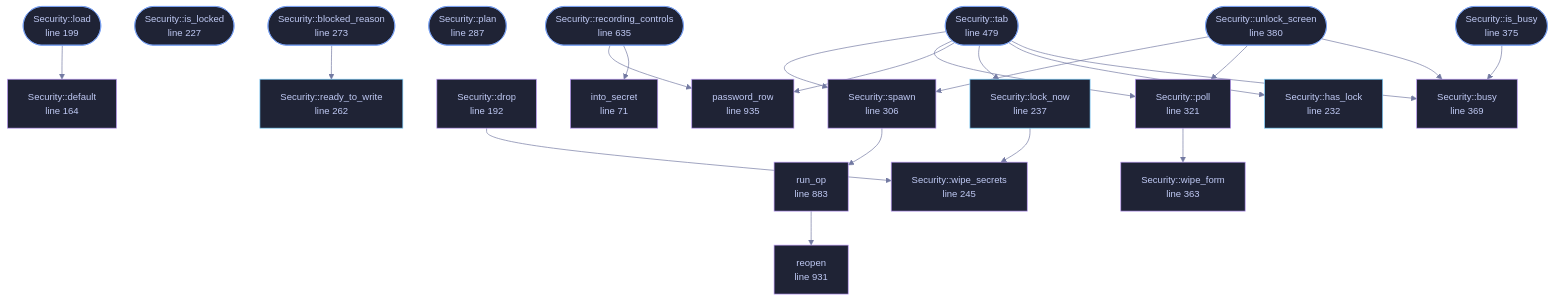
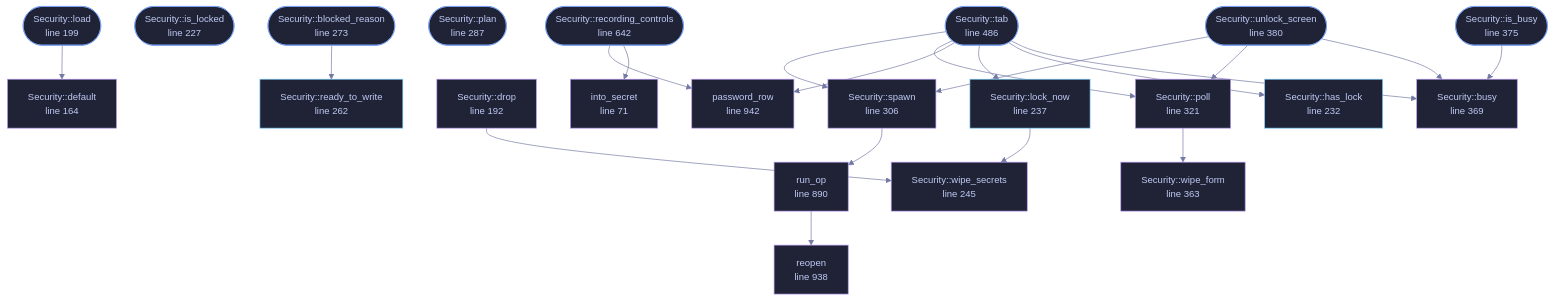
One commit to tilas01/veilvoice changed the diagram in docs/files/veilvoice-gui/security.md. Above: the diagram before and after it, drawn with Mermaid. The commit also changed other lines of this file and 32 other files, not shown here.

````diff
--- a/docs/files/veilvoice-gui/security.md
+++ b/docs/files/veilvoice-gui/security.md
@@ -131,73 +131,73 @@
 ```mermaid
 %%{init: {"theme":"base","themeVariables":{"background":"#1a1b26","primaryColor":"#1f2335","primaryTextColor":"#c0caf5","primaryBorderColor":"#7aa2f7","secondaryColor":"#16161e","tertiaryColor":"#16161e","lineColor":"#737aa2","textColor":"#c0caf5","mainBkg":"#1f2335","nodeBorder":"#7aa2f7","clusterBkg":"#16161e","clusterBorder":"#2f3549","fontFamily":"ui-monospace, SFMono-Regular, Consolas, monospace","fontSize":"14px"}}}%%
 flowchart TD
     n_into_secret["into_secret<br/>line 71"]
     n_default["Security::default<br/>line 164"]
     n_drop["Security::drop<br/>line 192"]
     n_load(["Security::load<br/>line 199"])
     n_is_locked(["Security::is_locked<br/>line 227"])
     n_has_lock["Security::has_lock<br/>line 232"]
     n_lock_now["Security::lock_now<br/>line 237"]
     n_wipe_secrets["Security::wipe_secrets<br/>line 245"]
     n_ready_to_write["Security::ready_to_write<br/>line 262"]
     n_blocked_reason(["Security::blocked_reason<br/>line 273"])
     n_plan(["Security::plan<br/>line 287"])
     n_spawn["Security::spawn<br/>line 306"]
     n_poll["Security::poll<br/>line 321"]
     n_wipe_form["Security::wipe_form<br/>line 363"]
     n_busy["Security::busy<br/>line 369"]
     n_is_busy(["Security::is_busy<br/>line 375"])
     n_unlock_screen(["Security::unlock_screen<br/>line 380"])
-    n_tab(["Security::tab<br/>line 479"])
-    n_recording_controls(["Security::recording_controls<br/>line 635"])
-    n_run_op["run_op<br/>line 883"]
-    n_reopen["reopen<br/>line 931"]
-    n_password_row["password_row<br/>line 935"]
+    n_tab(["Security::tab<br/>line 486"])
+    n_recording_controls(["Security::recording_controls<br/>line 642"])
+    n_run_op["run_op<br/>line 890"]
+    n_reopen["reopen<br/>line 938"]
+    n_password_row["password_row<br/>line 942"]
     n_blocked_reason --> n_ready_to_write
     n_drop --> n_wipe_secrets
     n_is_busy --> n_busy
     n_load --> n_default
     n_lock_now --> n_wipe_secrets
     n_poll --> n_wipe_form
     n_recording_controls --> n_into_secret
     n_recording_controls --> n_password_row
     n_run_op --> n_reopen
     n_spawn --> n_run_op
     n_tab --> n_busy
     n_tab --> n_has_lock
     n_tab --> n_lock_now
     n_tab --> n_password_row
     n_tab --> n_poll
     n_tab --> n_spawn
     n_unlock_screen --> n_busy
     n_unlock_screen --> n_poll
     n_unlock_screen --> n_spawn
     click n_into_secret href "https://github.com/tilas01/veilvoice/blob/main/crates/veilvoice-gui/src/security.rs#L71" "open the source"
     click n_default href "https://github.com/tilas01/veilvoice/blob/main/crates/veilvoice-gui/src/security.rs#L164" "open the source"
     click n_drop href "https://github.com/tilas01/veilvoice/blob/main/crates/veilvoice-gui/src/security.rs#L192" "open the source"
     click n_load href "https://github.com/tilas01/veilvoice/blob/main/crates/veilvoice-gui/src/security.rs#L199" "open the source"
     click n_is_locked href "https://github.com/tilas01/veilvoice/blob/main/crates/veilvoice-gui/src/security.rs#L227" "open the source"
     click n_has_lock href "https://github.com/tilas01/veilvoice/blob/main/crates/veilvoice-gui/src/security.rs#L232" "open the source"
     click n_lock_now href "https://github.com/tilas01/veilvoice/blob/main/crates/veilvoice-gui/src/security.rs#L237" "open the source"
     click n_wipe_secrets href "https://github.com/tilas01/veilvoice/blob/main/crates/veilvoice-gui/src/security.rs#L245" "open the source"
     click n_ready_to_write href "https://github.com/tilas01/veilvoice/blob/main/crates/veilvoice-gui/src/security.rs#L262" "open the source"
     click n_blocked_reason href "https://github.com/tilas01/veilvoice/blob/main/crates/veilvoice-gui/src/security.rs#L273" "open the source"
     click n_plan href "https://github.com/tilas01/veilvoice/blob/main/crates/veilvoice-gui/src/security.rs#L287" "open the source"
     click n_spawn href "https://github.com/tilas01/veilvoice/blob/main/crates/veilvoice-gui/src/security.rs#L306" "open the source"
     click n_poll href "https://github.com/tilas01/veilvoice/blob/main/crates/veilvoice-gui/src/security.rs#L321" "open the source"
     click n_wipe_form href "https://github.com/tilas01/veilvoice/blob/main/crates/veilvoice-gui/src/security.rs#L363" "open the source"
     click n_busy href "https://github.com/tilas01/veilvoice/blob/main/crates/veilvoice-gui/src/security.rs#L369" "open the source"
     click n_is_busy href "https://github.com/tilas01/veilvoice/blob/main/crates/veilvoice-gui/src/security.rs#L375" "open the source"
     click n_unlock_screen href "https://github.com/tilas01/veilvoice/blob/main/crates/veilvoice-gui/src/security.rs#L380" "open the source"
-    click n_tab href "https://github.com/tilas01/veilvoice/blob/main/crates/veilvoice-gui/src/security.rs#L479" "open the source"
-    click n_recording_controls href "https://github.com/tilas01/veilvoice/blob/main/crates/veilvoice-gui/src/security.rs#L635" "open the source"
-    click n_run_op href "https://github.com/tilas01/veilvoice/blob/main/crates/veilvoice-gui/src/security.rs#L883" "open the source"
-    click n_reopen href "https://github.com/tilas01/veilvoice/blob/main/crates/veilvoice-gui/src/security.rs#L931" "open the source"
-    click n_password_row href "https://github.com/tilas01/veilvoice/blob/main/crates/veilvoice-gui/src/security.rs#L935" "open the source"
+    click n_tab href "https://github.com/tilas01/veilvoice/blob/main/crates/veilvoice-gui/src/security.rs#L486" "open the source"
+    click n_recording_controls href "https://github.com/tilas01/veilvoice/blob/main/crates/veilvoice-gui/src/security.rs#L642" "open the source"
+    click n_run_op href "https://github.com/tilas01/veilvoice/blob/main/crates/veilvoice-gui/src/security.rs#L890" "open the source"
+    click n_reopen href "https://github.com/tilas01/veilvoice/blob/main/crates/veilvoice-gui/src/security.rs#L938" "open the source"
+    click n_password_row href "https://github.com/tilas01/veilvoice/blob/main/crates/veilvoice-gui/src/security.rs#L942" "open the source"
     classDef entry fill:#1f2335,stroke:#7aa2f7,color:#c0caf5
     class n_load,n_is_locked,n_blocked_reason,n_plan,n_is_busy,n_unlock_screen,n_tab,n_recording_controls entry
     classDef api fill:#1f2335,stroke:#7dcfff,color:#c0caf5
     class n_has_lock,n_lock_now,n_ready_to_write api
     classDef helper fill:#1f2335,stroke:#bb9af7,color:#c0caf5
     class n_into_secret,n_default,n_drop,n_wipe_secrets,n_spawn,n_poll,n_wipe_form,n_busy,n_run_op,n_reopen,n_password_row helper
 ```
````
